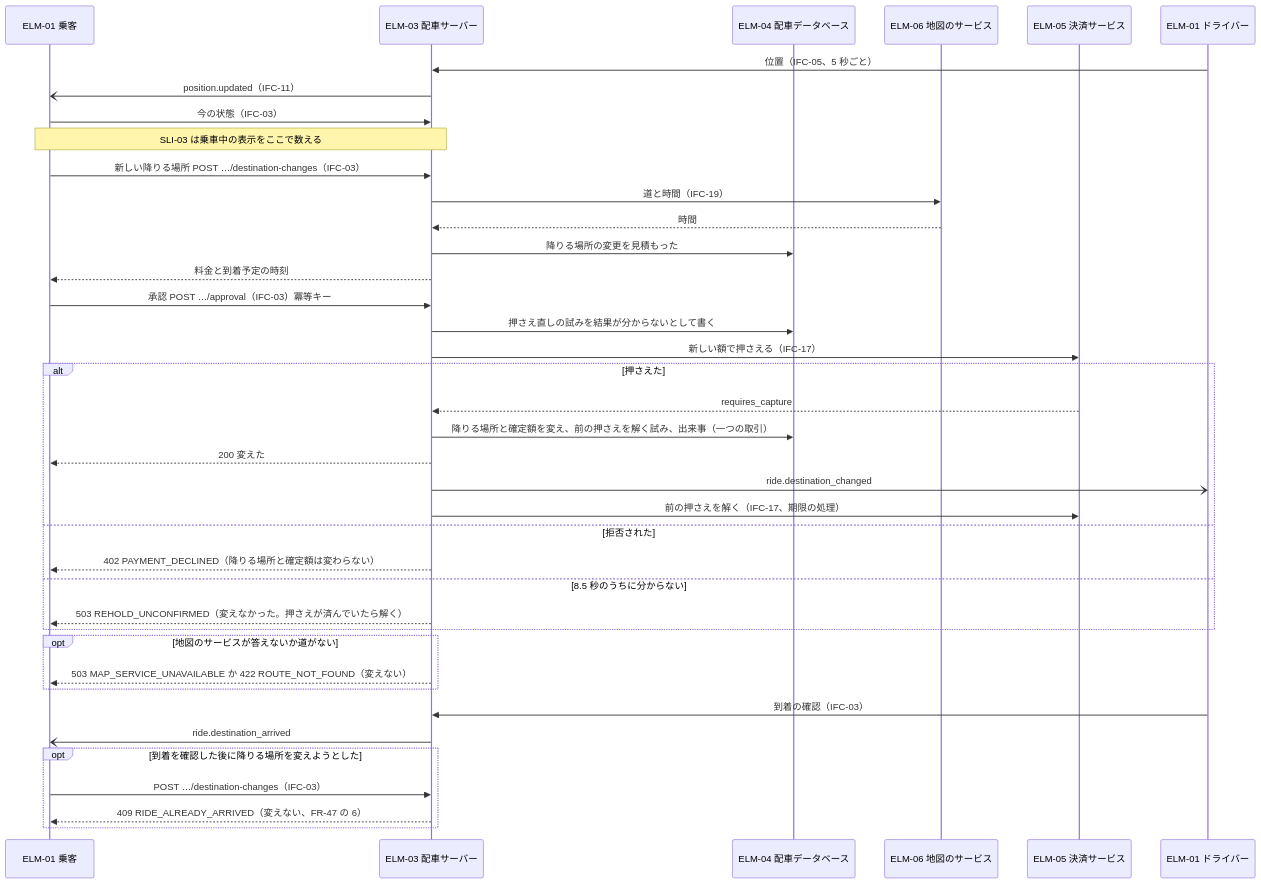
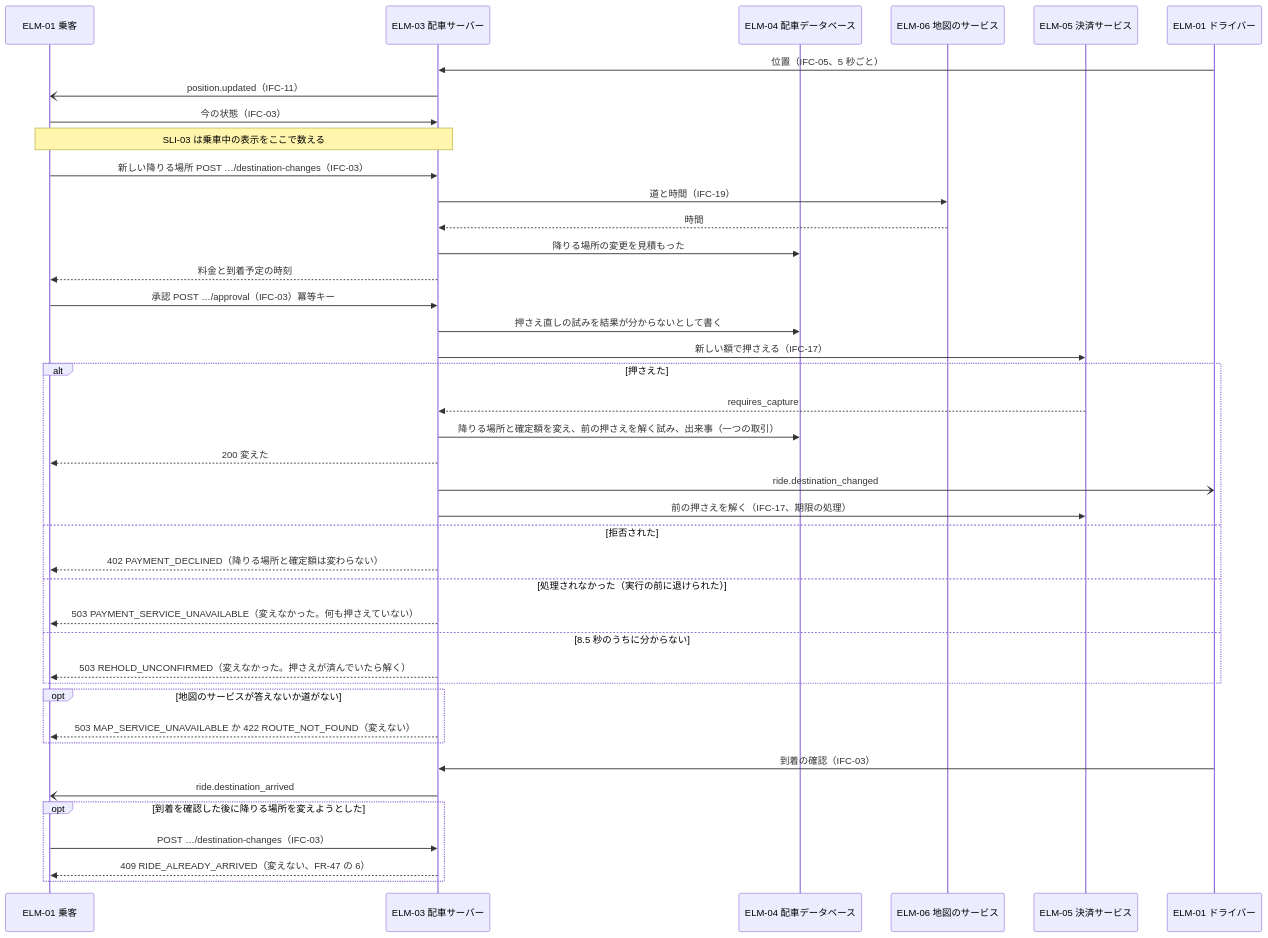
One commit to Taro000/ride-hailing-app-demo changed the sixth of 57 diagrams in docs/design/3-high-level-design.md. Above: the diagram before and after it, drawn with Mermaid. The commit also changed other lines of this file and 27 other files, not shown here.

````diff
--- a/docs/design/3-high-level-design.md
+++ b/docs/design/3-high-level-design.md
@@ -344,41 +352,43 @@
 ```mermaid
 sequenceDiagram
   participant P as ELM-01 乗客
   participant S as ELM-03 配車サーバー
   participant DB as ELM-04 配車データベース
   participant M as ELM-06 地図のサービス
   participant PAY as ELM-05 決済サービス
   participant D as ELM-01 ドライバー
   D->>S: 位置（IFC-05、5 秒ごと）
   S-)P: position.updated（IFC-11）
   P->>S: 今の状態（IFC-03）
   Note over P,S: SLI-03 は乗車中の表示をここで数える
   P->>S: 新しい降りる場所 POST …/destination-changes（IFC-03）
   S->>M: 道と時間（IFC-19）
   M-->>S: 時間
   S->>DB: 降りる場所の変更を見積もった
   S-->>P: 料金と到着予定の時刻
   P->>S: 承認 POST …/approval（IFC-03）冪等キー
   S->>DB: 押さえ直しの試みを結果が分からないとして書く
   S->>PAY: 新しい額で押さえる（IFC-17）
   alt 押さえた
     PAY-->>S: requires_capture
     S->>DB: 降りる場所と確定額を変え、前の押さえを解く試み、出来事（一つの取引）
     S-->>P: 200 変えた
     S-)D: ride.destination_changed
     S->>PAY: 前の押さえを解く（IFC-17、期限の処理）
   else 拒否された
     S-->>P: 402 PAYMENT_DECLINED（降りる場所と確定額は変わらない）
+  else 処理されなかった（実行の前に退けられた）
+    S-->>P: 503 PAYMENT_SERVICE_UNAVAILABLE（変えなかった。何も押さえていない）
   else 8.5 秒のうちに分からない
     S-->>P: 503 REHOLD_UNCONFIRMED（変えなかった。押さえが済んでいたら解く）
   end
   opt 地図のサービスが答えないか道がない
     S-->>P: 503 MAP_SERVICE_UNAVAILABLE か 422 ROUTE_NOT_FOUND（変えない）
   end
   D->>S: 到着の確認（IFC-03）
   S-)P: ride.destination_arrived
   opt 到着を確認した後に降りる場所を変えようとした
     P->>S: POST …/destination-changes（IFC-03）
     S-->>P: 409 RIDE_ALREADY_ARRIVED（変えない、FR-47 の 6）
   end
 ```
````
